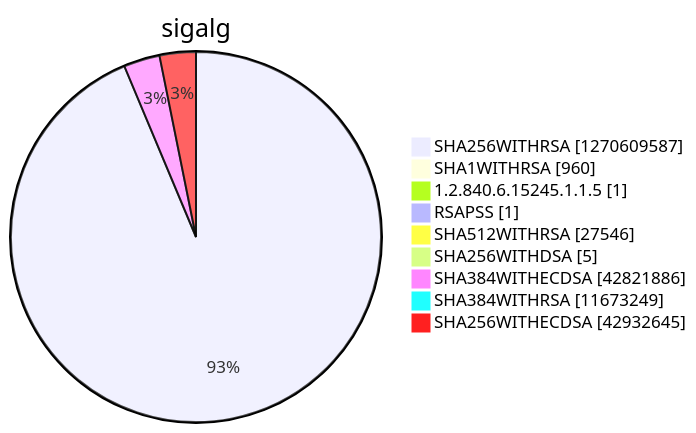
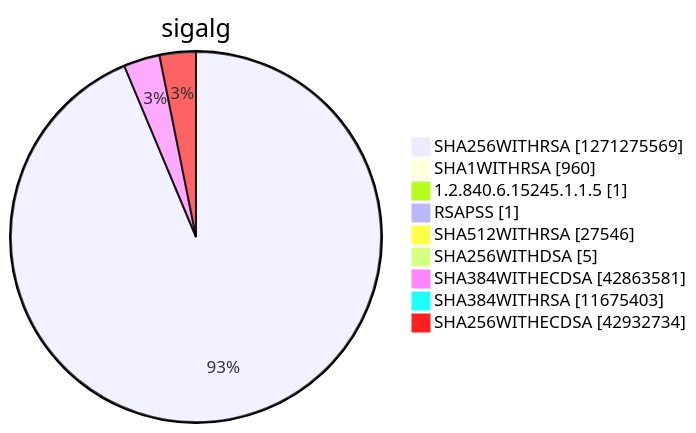
One commit to christiankrug/ctmonitor_visualization changed diagram 15 of 15 in argon2022/README.md. Above: the diagram before and after it, drawn with Mermaid. The commit also changed other lines of this file, not shown here.

````diff
--- a/argon2022/README.md
+++ b/argon2022/README.md
@@ -5522,13 +5522,13 @@
 ```mermaid
 pie showData
 title sigalg
-"SHA256WITHRSA" :1270609587
+"SHA256WITHRSA" :1271275569
 "SHA1WITHRSA" :960
 "1.2.840.6.15245.1.1.5" :1
 "RSAPSS" :1
 "SHA512WITHRSA" :27546
 "SHA256WITHDSA" :5
-"SHA384WITHECDSA" :42821886
-"SHA384WITHRSA" :11673249
-"SHA256WITHECDSA" :42932645
+"SHA384WITHECDSA" :42863581
+"SHA384WITHRSA" :11675403
+"SHA256WITHECDSA" :42932734
 ```
````
